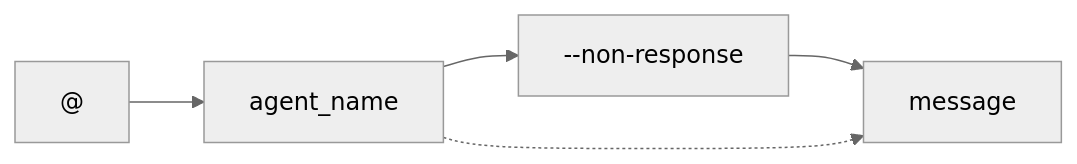
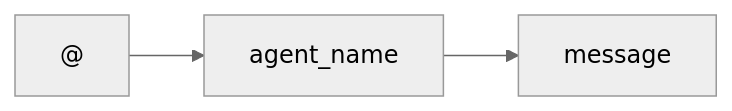
The third of 5 diagrams in guides/usage.md (s-hiraoku/synapse-a2a), drawn with Mermaid (neutral theme) before and after one commit. The commit also changed other lines of this file and 10 other files, not shown here.

````diff
--- a/guides/usage.md
+++ b/guides/usage.md
@@ -396,10 +413,8 @@
 ```mermaid
 flowchart LR
     At["@"]
     Agent["agent_name"]
-    Option["--non-response"]
     Message["message"]
 
-    At --> Agent --> Option --> Message
-    Agent -.-> Message
+    At --> Agent --> Message
 ```
````
